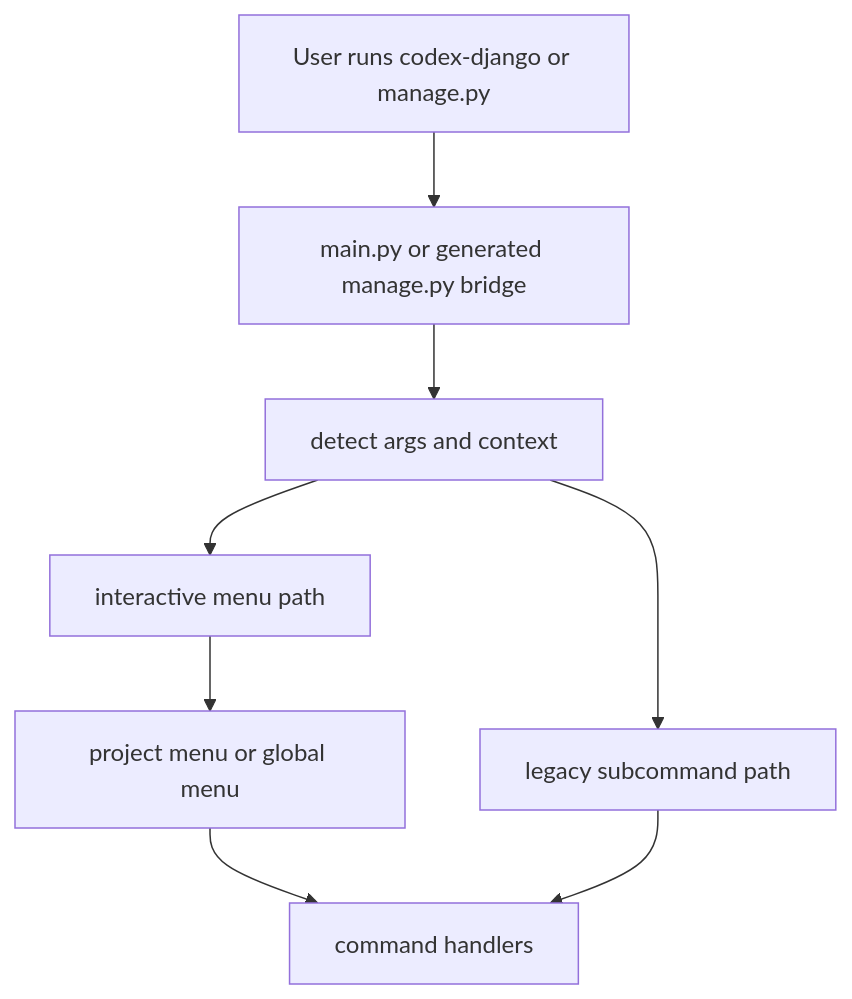
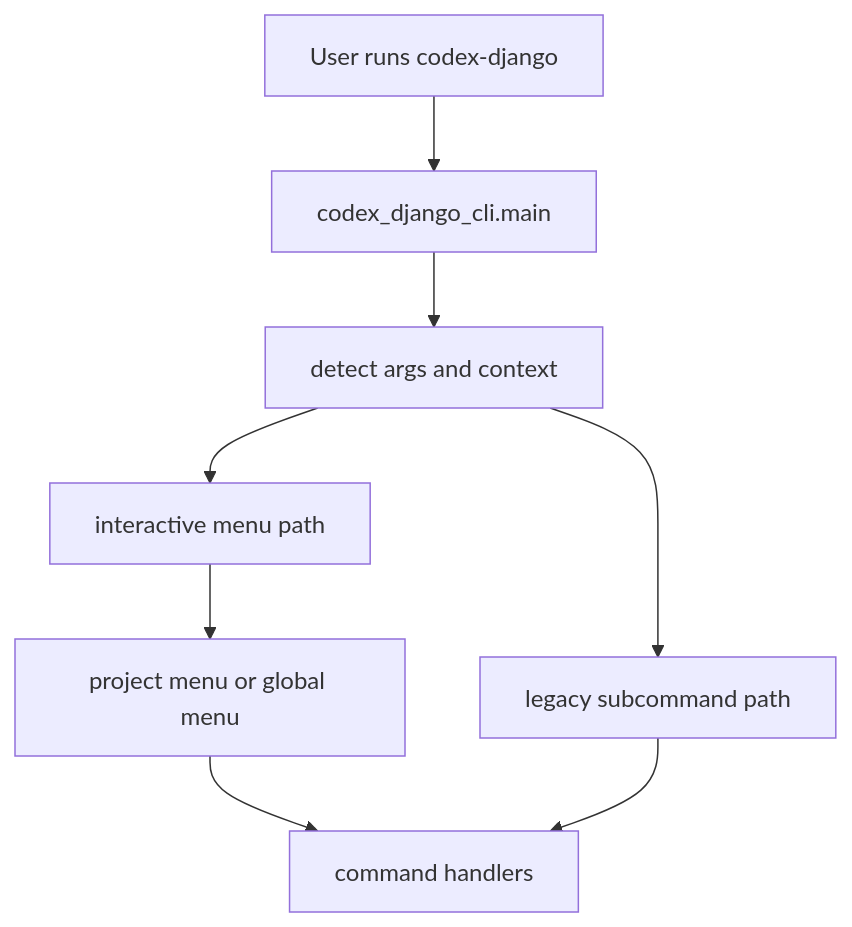
Before and after one commit to CodexDLC/codex-django-cli: the diagram in docs/en/architecture/cli/entrypoints.md, drawn with Mermaid. The commit also changed other lines of this file and 10 other files, not shown here.

````diff
--- a/docs/en/architecture/cli/entrypoints.md
+++ b/docs/en/architecture/cli/entrypoints.md
@@ -112,10 +105,10 @@
 ```mermaid
 flowchart TD
-    A["User runs codex-django or manage.py"] --> B["main.py or generated manage.py bridge"]
+    A["User runs codex-django"] --> B["codex_django_cli.main"]
     B --> C["detect args and context"]
     C --> D["interactive menu path"]
     C --> E["legacy subcommand path"]
     D --> F["project menu or global menu"]
     F --> G["command handlers"]
     E --> G
 ```
````
